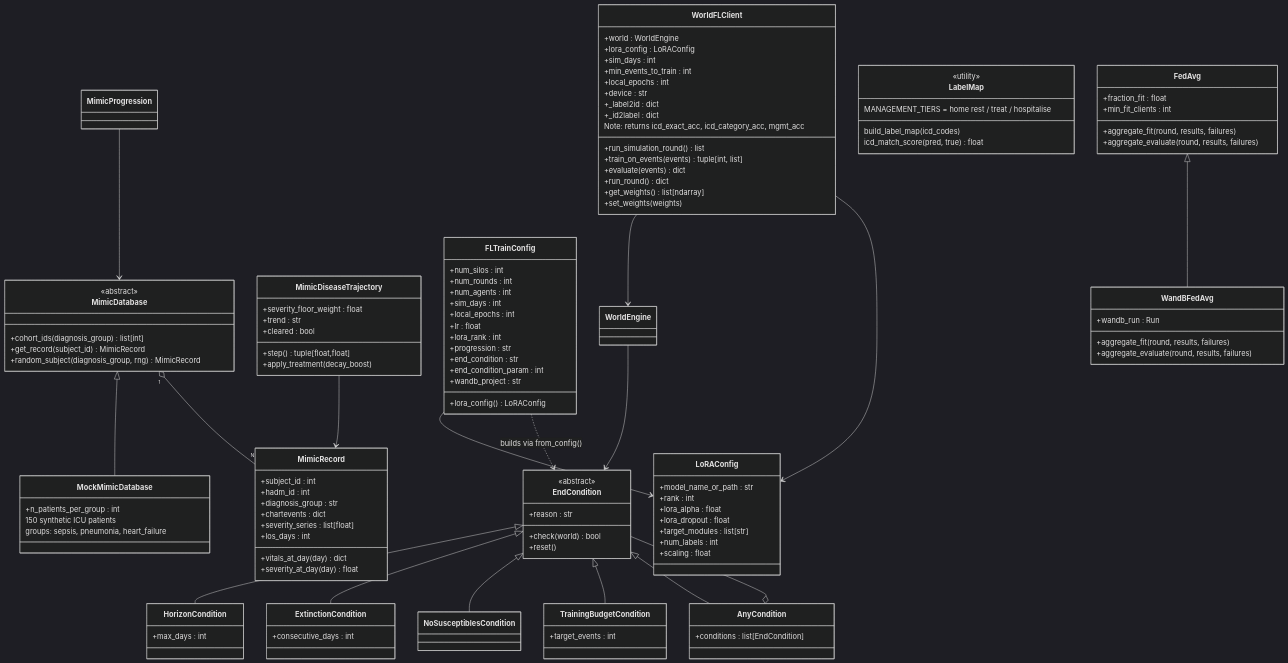
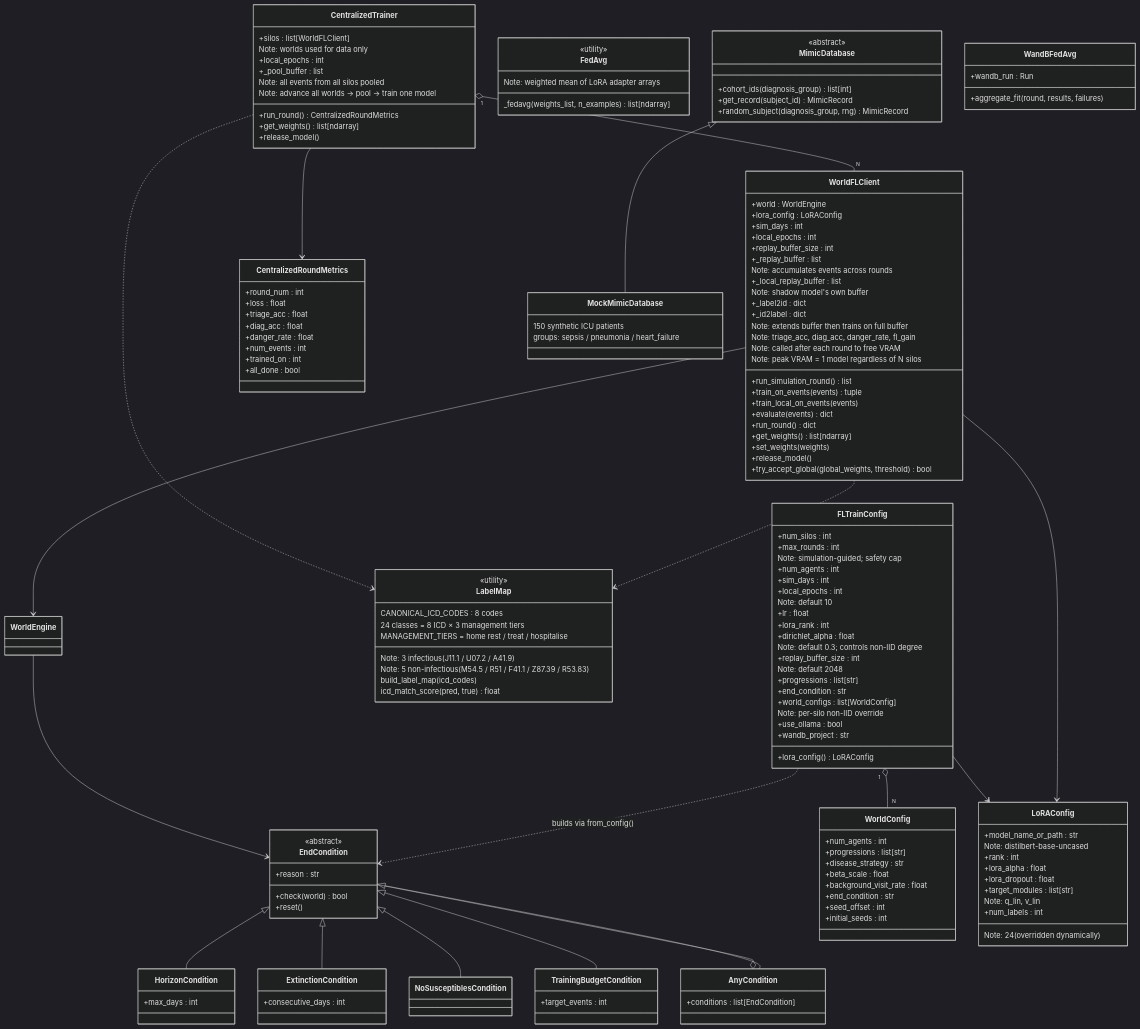
The second of 2 diagrams in docs/class_diagram.md (LeonNasc/VeFed), drawn with Mermaid (dark theme) before and after one commit. The commit also changed other lines of this file and 1 other file, not shown here.

````diff
--- a/docs/class_diagram.md
+++ b/docs/class_diagram.md
@@ -239,19 +287,11 @@
         +check(world) bool
         +reset()
     }
-    class HorizonCondition {
-        +max_days : int
-    }
-    class ExtinctionCondition {
-        +consecutive_days : int
-    }
+    class HorizonCondition { +max_days : int }
+    class ExtinctionCondition { +consecutive_days : int }
     class NoSusceptiblesCondition
-    class TrainingBudgetCondition {
-        +target_events : int
-    }
-    class AnyCondition {
-        +conditions : list[EndCondition]
-    }
+    class TrainingBudgetCondition { +target_events : int }
+    class AnyCondition { +conditions : list[EndCondition] }
 
     EndCondition <|-- HorizonCondition
     EndCondition <|-- ExtinctionCondition
@@ -259,6 +299,124 @@
     EndCondition <|-- TrainingBudgetCondition
     EndCondition <|-- AnyCondition
     AnyCondition o-- EndCondition
+
+    %% ── Config ───────────────────────────────────────────────────────────────
+    class WorldConfig {
+        +num_agents : int
+        +progressions : list[str]
+        +disease_strategy : str
+        +beta_scale : float
+        +background_visit_rate : float
+        +end_condition : str
+        +seed_offset : int
+        +initial_seeds : int
+    }
+
+    class FLTrainConfig {
+        +num_silos : int
+        +max_rounds : int
+        Note: simulation-guided; safety cap
+        +num_agents : int
+        +sim_days : int
+        +local_epochs : int
+        Note: default 10
+        +lr : float
+        +lora_rank : int
+        +dirichlet_alpha : float
+        Note: default 0.3; controls non-IID degree
+        +replay_buffer_size : int
+        Note: default 2048
+        +progressions : list[str]
+        +end_condition : str
+        +world_configs : list[WorldConfig]
+        Note: per-silo non-IID override
+        +use_ollama : bool
+        +wandb_project : str
+        +lora_config() LoRAConfig
+    }
+
+    %% ── Label Space ──────────────────────────────────────────────────────────
+    class LabelMap {
+        <<utility>>
+        CANONICAL_ICD_CODES : 8 codes
+        Note: 3 infectious (J11.1 / U07.2 / A41.9)
+        Note: 5 non-infectious (M54.5 / R51 / F41.1 / Z87.39 / R53.83)
+        24 classes = 8 ICD × 3 management tiers
+        build_label_map(icd_codes)
+        icd_match_score(pred, true) float
+        MANAGEMENT_TIERS = home rest / treat / hospitalise
+    }
+
+    class LoRAConfig {
+        +model_name_or_path : str
+        Note: distilbert-base-uncased
+        +rank : int
+        +lora_alpha : float
+        +lora_dropout : float
+        +target_modules : list[str]
+        Note: q_lin, v_lin
+        +num_labels : int
+        Note: 24 (overridden dynamically)
+    }
+
+    %% ── FL Client ────────────────────────────────────────────────────────────
+    class WorldFLClient {
+        +world : WorldEngine
+        +lora_config : LoRAConfig
+        +sim_days : int
+        +local_epochs : int
+        +replay_buffer_size : int
+        +_replay_buffer : list
+        Note: accumulates events across rounds
+        +_local_replay_buffer : list
+        Note: shadow model's own buffer
+        +_label2id : dict
+        +_id2label : dict
+        +run_simulation_round() list
+        +train_on_events(events) tuple
+        Note: extends buffer then trains on full buffer
+        +train_local_on_events(events)
+        +evaluate(events) dict
+        Note: triage_acc, diag_acc, danger_rate, fl_gain
+        +run_round() dict
+        +get_weights() list[ndarray]
+        +set_weights(weights)
+        +release_model()
+        Note: called after each round to free VRAM
+        Note: peak VRAM = 1 model regardless of N silos
+        +try_accept_global(global_weights, threshold) bool
+    }
+
+    %% ── Centralized Baseline ─────────────────────────────────────────────────
+    class CentralizedTrainer {
+        +silos : list[WorldFLClient]
+        Note: worlds used for data only
+        +local_epochs : int
+        +_pool_buffer : list
+        Note: all events from all silos pooled
+        +run_round() CentralizedRoundMetrics
+        Note: advance all worlds → pool → train one model
+        +get_weights() list[ndarray]
+        +release_model()
+    }
+
+    class CentralizedRoundMetrics {
+        +round_num : int
+        +loss : float
+        +triage_acc : float
+        +diag_acc : float
+        +danger_rate : float
+        +num_events : int
+        +trained_on : int
+        +all_done : bool
+    }
+
+    %% ── Aggregation ──────────────────────────────────────────────────────────
+    class FedAvg {
+        <<utility>>
+        _fedavg(weights_list, n_examples) list[ndarray]
+        Note: weighted mean of LoRA adapter arrays
+    }
 
     %% ── MIMIC Layer ──────────────────────────────────────────────────────────
     class MimicDatabase {
@@ -268,104 +426,27 @@
         +random_subject(diagnosis_group, rng) MimicRecord
     }
     class MockMimicDatabase {
-        +n_patients_per_group : int
         150 synthetic ICU patients
-        groups: sepsis, pneumonia, heart_failure
-    }
-    class MimicRecord {
-        +subject_id : int
-        +hadm_id : int
-        +diagnosis_group : str
-        +chartevents : dict
-        +severity_series : list[float]
-        +los_days : int
-        +vitals_at_day(day) dict
-        +severity_at_day(day) float
-    }
-    class MimicDiseaseTrajectory {
-        +severity_floor_weight : float
-        +trend : str
-        +step() tuple[float,float]
-        +apply_treatment(decay_boost)
-        +cleared : bool
+        groups: sepsis / pneumonia / heart_failure
     }
 
     MimicDatabase <|-- MockMimicDatabase
-    MimicDatabase "1" o-- "N" MimicRecord
-    MimicDiseaseTrajectory --> MimicRecord
-    MimicProgression --> MimicDatabase
 
-    %% ── FL Client ────────────────────────────────────────────────────────────
-    class WorldFLClient {
-        +world : WorldEngine
-        +lora_config : LoRAConfig
-        +sim_days : int
-        +min_events_to_train : int
-        +local_epochs : int
-        +device : str
-        +_label2id : dict
-        +_id2label : dict
-        +run_simulation_round() list
-        +train_on_events(events) tuple[int, list]
-        +evaluate(events) dict
-        Note: returns icd_exact_acc, icd_category_acc, mgmt_acc
-        +run_round() dict
-        +get_weights() list[ndarray]
-        +set_weights(weights)
-    }
-
-    class LabelMap {
-        <<utility>>
-        build_label_map(icd_codes)
-        icd_match_score(pred, true) float
-        MANAGEMENT_TIERS = home rest / treat / hospitalise
-    }
-
-    class LoRAConfig {
-        +model_name_or_path : str
-        +rank : int
-        +lora_alpha : float
-        +lora_dropout : float
-        +target_modules : list[str]
-        +num_labels : int
-        +scaling : float
-    }
-
-    %% ── Training Loop ────────────────────────────────────────────────────────
-    class FLTrainConfig {
-        +num_silos : int
-        +num_rounds : int
-        +num_agents : int
-        +sim_days : int
-        +local_epochs : int
-        +lr : float
-        +lora_rank : int
-        +progression : str
-        +end_condition : str
-        +end_condition_param : int
-        +wandb_project : str
-        +lora_config() LoRAConfig
-    }
-
-    %% ── Flower / W&B Strategy ────────────────────────────────────────────────
-    class FedAvg {
-        +fraction_fit : float
-        +min_fit_clients : int
-        +aggregate_fit(round, results, failures)
-        +aggregate_evaluate(round, results, failures)
-    }
+    %% ── Flower / W&B ─────────────────────────────────────────────────────────
     class WandBFedAvg {
         +wandb_run : Run
         +aggregate_fit(round, results, failures)
-        +aggregate_evaluate(round, results, failures)
     }
-
-    FedAvg <|-- WandBFedAvg
 
     %% ── Relationships ────────────────────────────────────────────────────────
     WorldFLClient --> WorldEngine
     WorldFLClient --> LoRAConfig
+    CentralizedTrainer "1" o-- "N" WorldFLClient
+    CentralizedTrainer --> CentralizedRoundMetrics
     FLTrainConfig --> LoRAConfig
+    FLTrainConfig "1" o-- "N" WorldConfig
     FLTrainConfig ..> EndCondition : builds via from_config()
     WorldEngine --> EndCondition
+    WorldFLClient ..> LabelMap
+    CentralizedTrainer ..> LabelMap
 ```
````
